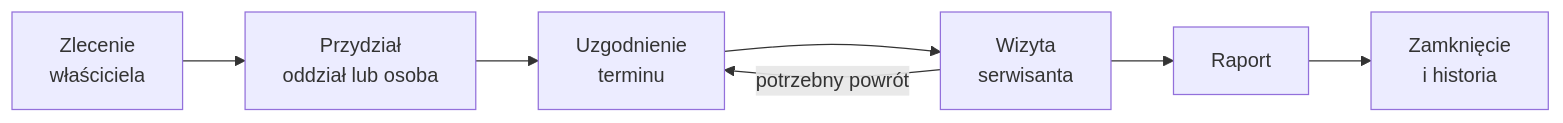
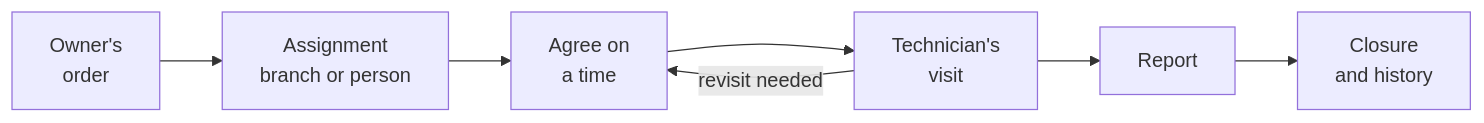
Before and after one commit to serwio-team/serwio: the diagram in README.md, drawn with Mermaid. The commit also changed other lines of this file and 4 other files, not shown here.

````diff
--- a/README.md
+++ b/README.md
@@ -47,9 +47,9 @@
 ```mermaid
 flowchart LR
-    A[Zlecenie<br/>właściciela] --> B[Przydział<br/>oddział lub osoba]
-    B --> C[Uzgodnienie<br/>terminu]
-    C --> D[Wizyta<br/>serwisanta]
-    D -->|potrzebny powrót| C
-    D --> E[Raport]
-    E --> F[Zamknięcie<br/>i historia]
+    A[Owner's<br/>order] --> B[Assignment<br/>branch or person]
+    B --> C[Agree on<br/>a time]
+    C --> D[Technician's<br/>visit]
+    D -->|revisit needed| C
+    D --> E[Report]
+    E --> F[Closure<br/>and history]
 ```
````
